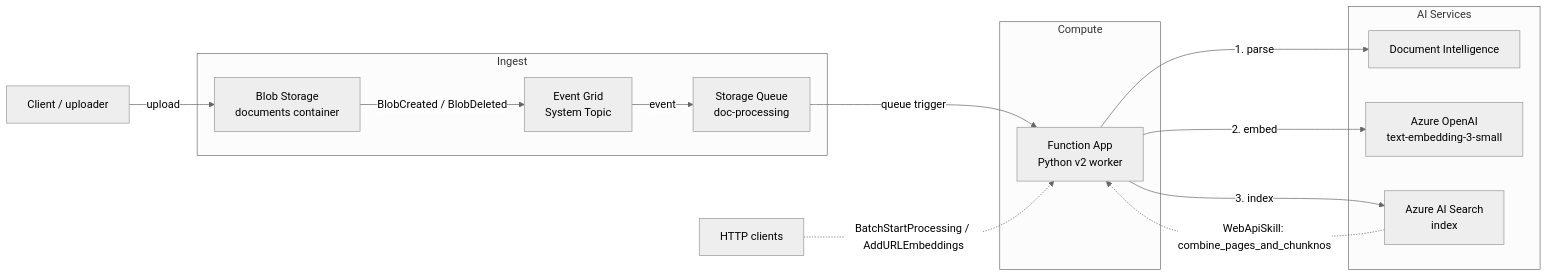
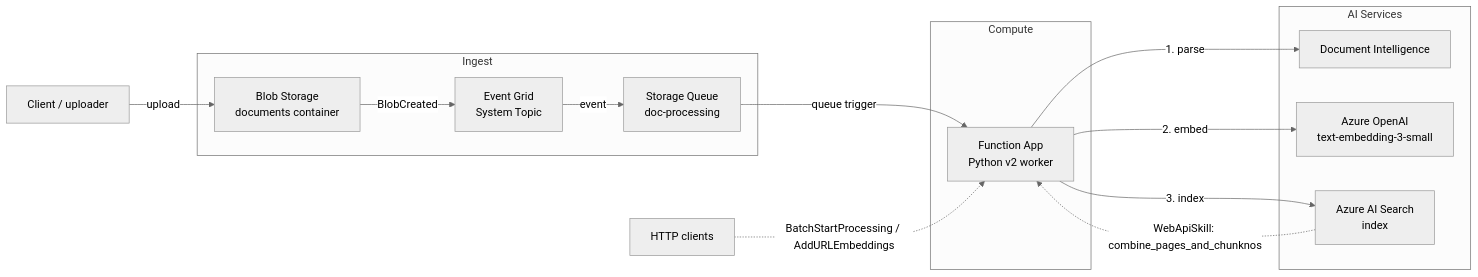
Before and after one commit to gregschunemann/doc-ingest-pipeline: the diagram in README.md, drawn with Mermaid (neutral theme). The commit also changed other lines of this file, not shown here.

````diff
--- a/README.md
+++ b/README.md
@@ -11,27 +11,27 @@
 ```mermaid
 flowchart LR
     subgraph Ingest
         BLOB["Blob Storage<br/>documents container"]
         EG["Event Grid<br/>System Topic"]
         Q["Storage Queue<br/>doc-processing"]
     end
     subgraph Compute
         FUNC["Function App<br/>Python v2 worker"]
     end
     subgraph AI_Services["AI Services"]
         DI["Document Intelligence"]
         AOAI["Azure OpenAI<br/>text-embedding-3-small"]
         SEARCH["Azure AI Search<br/>index"]
     end
 
     USER["Client / uploader"] -->|upload| BLOB
-    BLOB -->|"BlobCreated / BlobDeleted"| EG
+    BLOB -->|"BlobCreated"| EG
     EG -->|event| Q
     Q -->|queue trigger| FUNC
     FUNC -->|"1. parse"| DI
     FUNC -->|"2. embed"| AOAI
     FUNC -->|"3. index"| SEARCH
 
     HTTP["HTTP clients"] -.->|"BatchStartProcessing / AddURLEmbeddings"| FUNC
     SEARCH -.->|"WebApiSkill: combine_pages_and_chunknos"| FUNC
 ```
````
